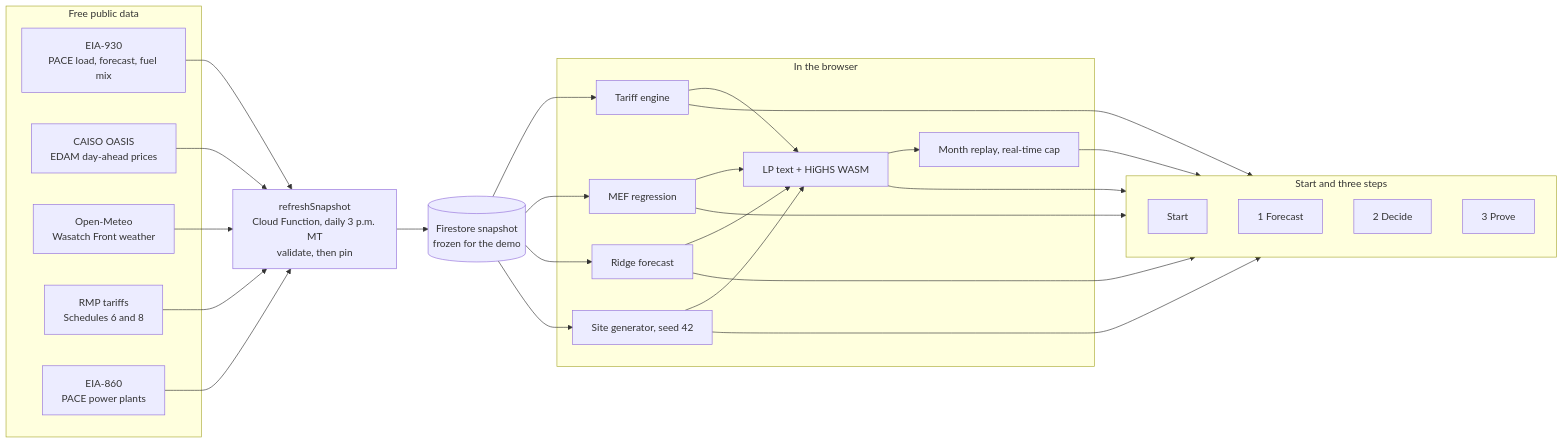
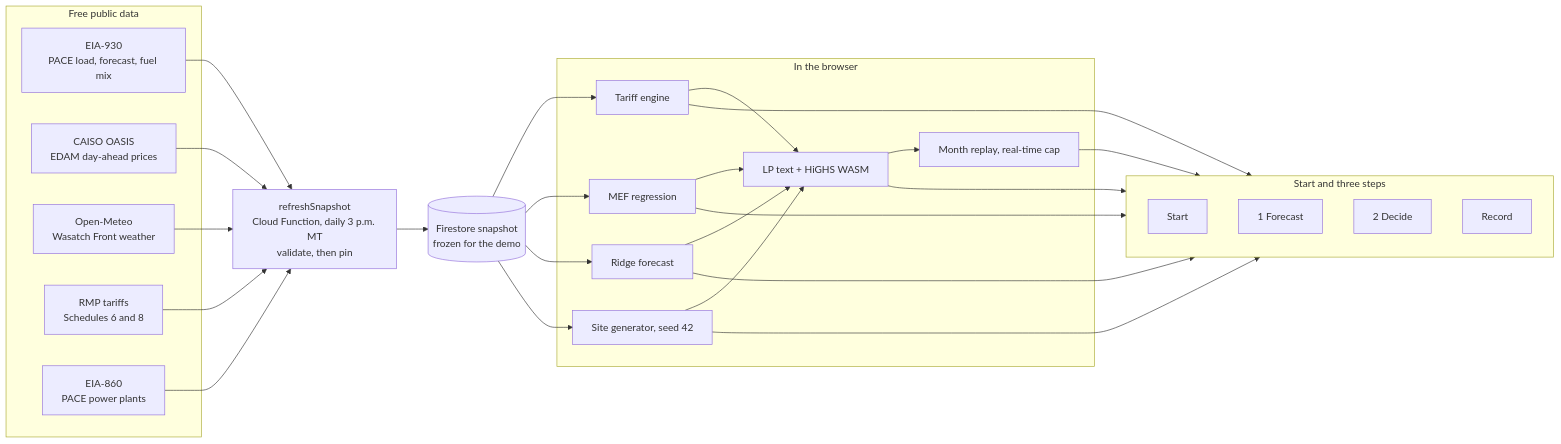
Before and after one commit to juanlizarazo/hard-tech-week-2026-torus: the diagram in README.md, drawn with Mermaid. The commit also changed other lines of this file and 107 other files, not shown here.

````diff
--- a/README.md
+++ b/README.md
@@ -41,36 +41,36 @@
 ```mermaid
 flowchart LR
   subgraph Sources["Free public data"]
     EIA930["EIA-930<br/>PACE load, forecast, fuel mix"]
     OASIS["CAISO OASIS<br/>EDAM day-ahead prices"]
     METEO["Open-Meteo<br/>Wasatch Front weather"]
     RMP["RMP tariffs<br/>Schedules 6 and 8"]
     EIA860["EIA-860<br/>PACE power plants"]
   end
   FN["refreshSnapshot<br/>Cloud Function, daily 3 p.m. MT<br/>validate, then pin"]
   FS[("Firestore snapshot<br/>frozen for the demo")]
   subgraph Browser["In the browser"]
     TARIFF["Tariff engine"]
     MEF["MEF regression"]
     RIDGE["Ridge forecast"]
     SITE["Site generator, seed 42"]
     LP["LP text + HiGHS WASM"]
     REPLAY["Month replay, real-time cap"]
   end
   subgraph Screens["Start and three steps"]
     START["Start"]
     GRID["1 Forecast"]
     PLAN["2 Decide"]
-    PROOF["3 Prove"]
+    PROOF["Record"]
   end
   EIA930 --> FN
   OASIS --> FN
   METEO --> FN
   RMP --> FN
   EIA860 --> FN
   FN --> FS
   FS --> TARIFF & MEF & RIDGE & SITE
   TARIFF & MEF & RIDGE & SITE --> LP
   LP --> REPLAY
   TARIFF & MEF & RIDGE & SITE & LP & REPLAY --> Screens
 ```
````
